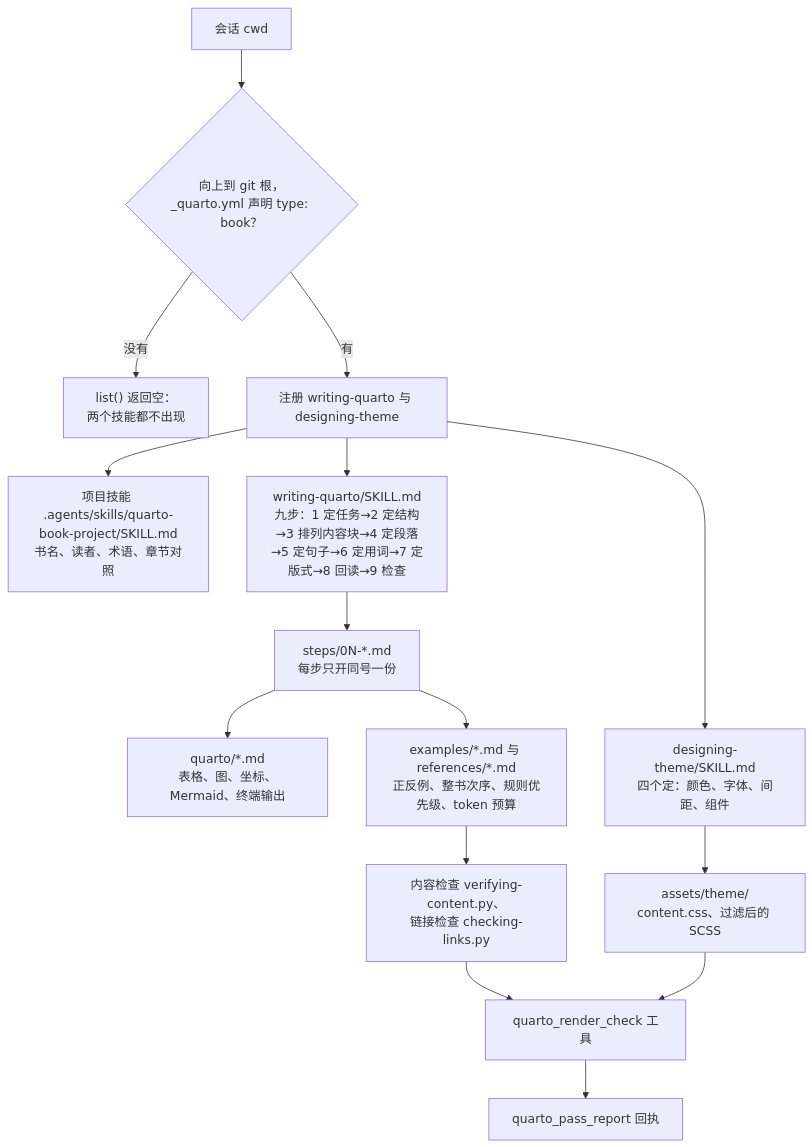
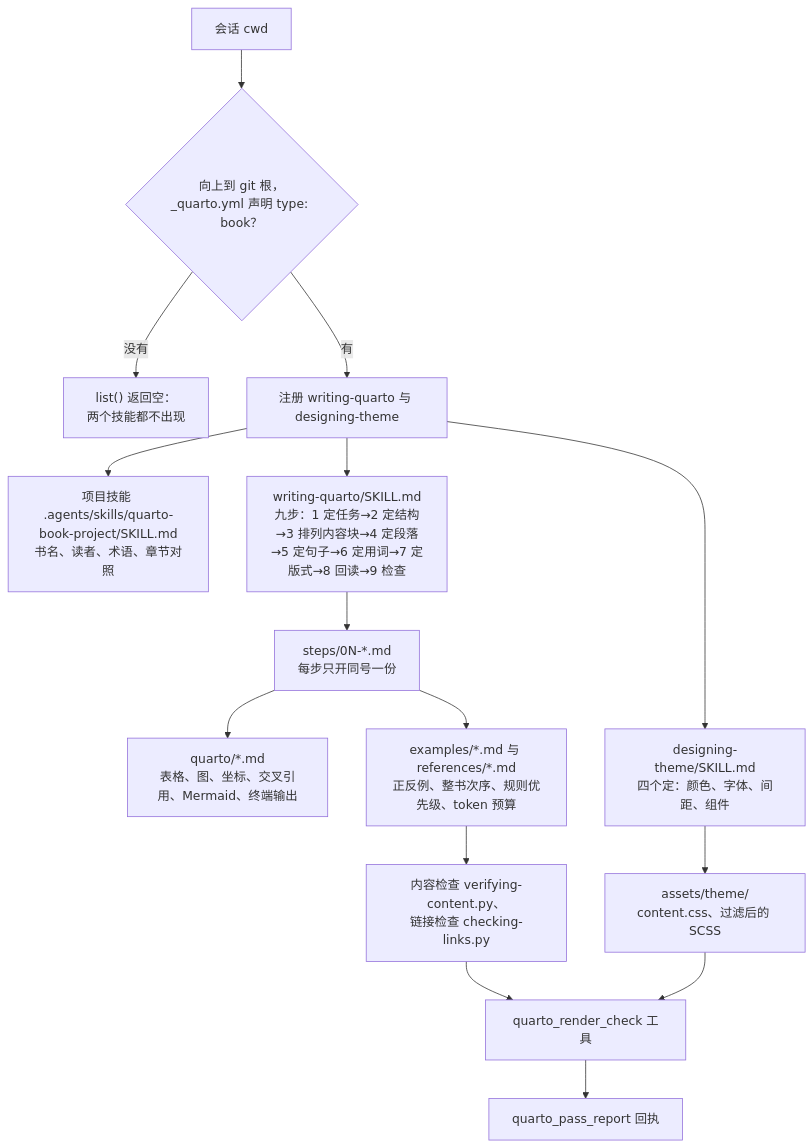
Before and after one commit to chengzhao-dev/dsh-quarto-book: the diagram in docs/architecture.md, drawn with Mermaid. The commit also changed other lines of this file and 11 other files, not shown here.

````diff
--- a/docs/architecture.md
+++ b/docs/architecture.md
@@ -7,17 +7,17 @@
 ```mermaid
 flowchart TD
     A["会话 cwd"] --> B{"向上到 git 根，<br/>_quarto.yml 声明 type: book？"}
     B -- 没有 --> C["list() 返回空：<br/>两个技能都不出现"]
     B -- 有 --> D["注册 writing-quarto 与 designing-theme"]
     D --> E["项目技能 .agents/skills/quarto-book-project/SKILL.md<br/>书名、读者、术语、章节对照"]
     D --> F["writing-quarto/SKILL.md<br/>九步：1 定任务→2 定结构→3 排列内容块→4 定段落→5 定句子→6 定用词→7 定版式→8 回读→9 检查"]
     F --> G["steps/0N-*.md<br/>每步只开同号一份"]
-    G --> H["quarto/*.md<br/>表格、图、坐标、Mermaid、终端输出"]
+    G --> H["quarto/*.md<br/>表格、图、坐标、交叉引用、Mermaid、终端输出"]
     G --> I["examples/*.md 与 references/*.md<br/>正反例、整书次序、规则优先级、token 预算"]
     I --> J["内容检查 verifying-content.py、<br/>链接检查 checking-links.py"]
     D --> K["designing-theme/SKILL.md<br/>四个定：颜色、字体、间距、组件"]
     K --> L["assets/theme/<br/>content.css、过滤后的 SCSS"]
     J --> M["quarto_render_check 工具"]
     L --> M
     M --> N["quarto_pass_report 回执"]
 ```
````
